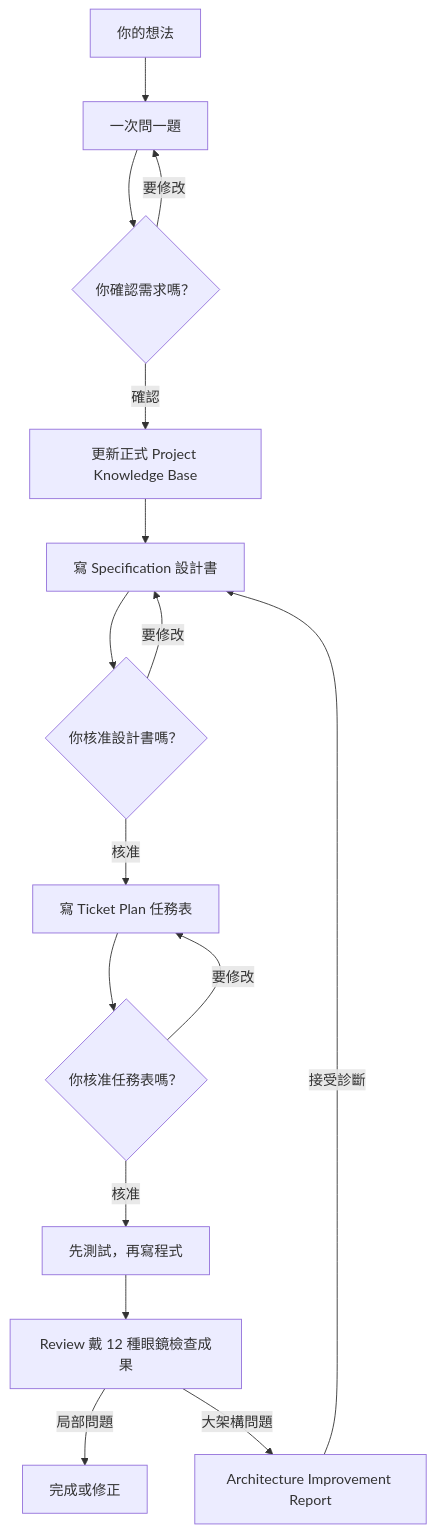
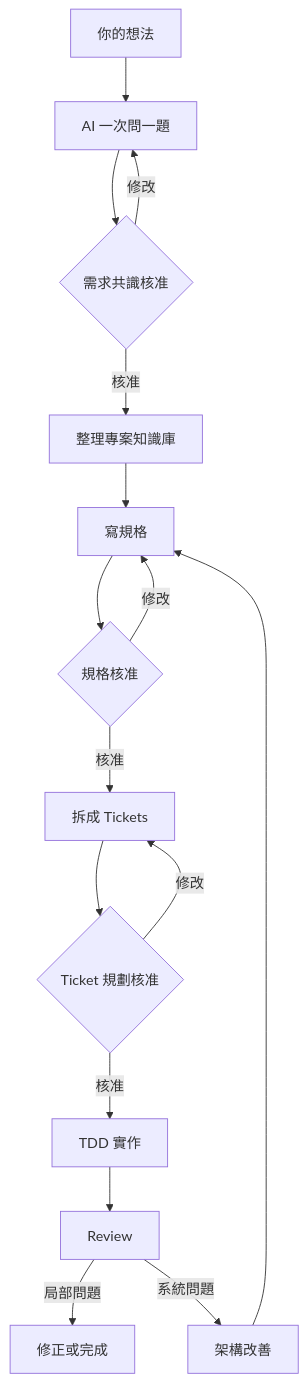
The diagram in docs/guides/getting-started-simple.zh-TW.md (Mysterio1001/Ask-Then-Do-It), drawn with Mermaid before and after one commit. The commit also changed other lines of this file and 62 other files, not shown here.

````diff
--- a/docs/guides/getting-started-simple.zh-TW.md
+++ b/docs/guides/getting-started-simple.zh-TW.md
@@ -47,18 +15,18 @@
 ```mermaid
 flowchart TD
-    A["你的想法"] --> B["一次問一題"]
-    B --> C{"你確認需求嗎？"}
-    C -->|"確認"| KB["更新正式 Project Knowledge Base"]
-    KB --> D["寫 Specification 設計書"]
-    D --> E{"你核准設計書嗎？"}
-    E -->|"核准"| F["寫 Ticket Plan 任務表"]
-    F --> G{"你核准任務表嗎？"}
-    G -->|"核准"| H["先測試，再寫程式"]
-    H --> I["Review 戴 12 種眼鏡檢查成果"]
-    I -->|"局部問題"| J["完成或修正"]
-    I -->|"大架構問題"| AR["Architecture Improvement Report"]
-    AR -->|"接受診斷"| D
-    C -->|"要修改"| B
-    E -->|"要修改"| D
-    G -->|"要修改"| F
+    A["你的想法"] --> B["AI 一次問一題"]
+    B --> C{"需求共識核准"}
+    C -->|修改| B
+    C -->|核准| D["整理專案知識庫"]
+    D --> E["寫規格"]
+    E --> F{"規格核准"}
+    F -->|修改| E
+    F -->|核准| G["拆成 Tickets"]
+    G --> H{"Ticket 規劃核准"}
+    H -->|修改| G
+    H -->|核准| I["TDD 實作"]
+    I --> J["Review"]
+    J -->|局部問題| K["修正或完成"]
+    J -->|系統問題| L["架構改善"]
+    L --> E
 ```
````
